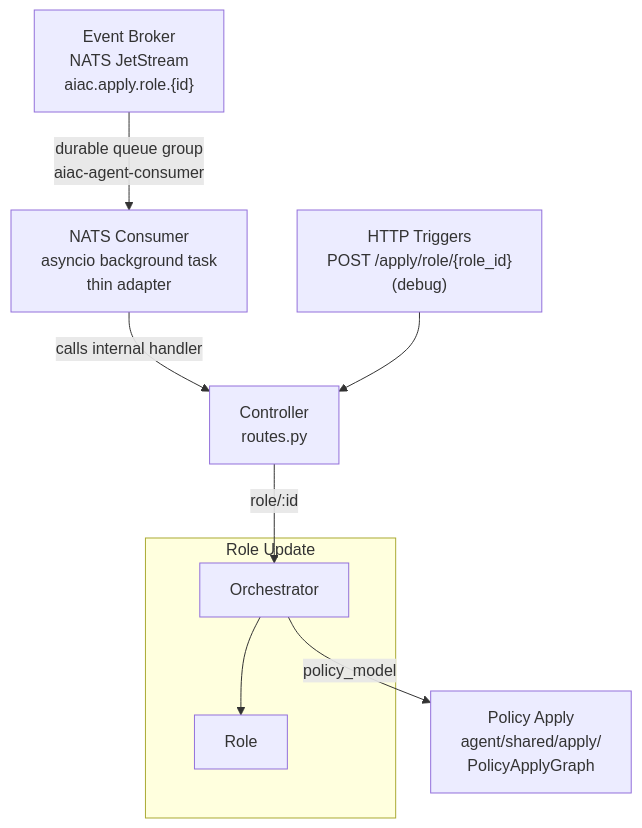
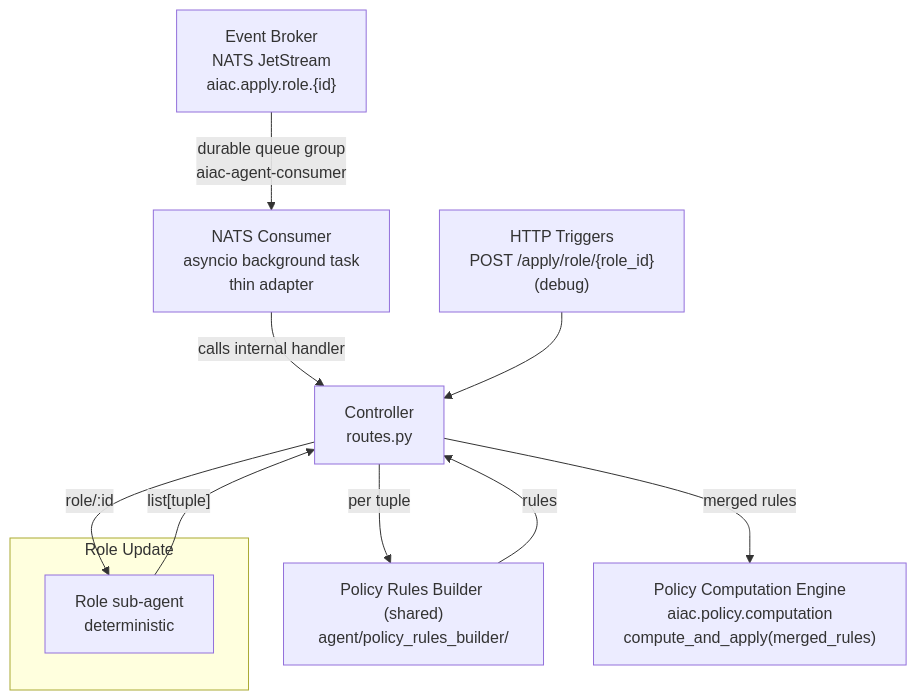
The diagram in inception/requirements/components/aiac-agent/uc3-role-update.md (rossoctl/aiac), drawn with Mermaid before and after one commit. The commit also changed other lines of this file and 2 other files, not shown here.

First line of the commit message:
docs(aiac-agent): rewrite UC1, UC2, UC3 sub-PRDs per grill-me session

````diff
--- a/inception/requirements/components/aiac-agent/uc3-role-update.md
+++ b/inception/requirements/components/aiac-agent/uc3-role-update.md
@@ -11,23 +16,24 @@
 ```mermaid
 flowchart TD
     NATS["Event Broker\nNATS JetStream\naiac.apply.role.{id}"]
     NATS_CONSUMER["NATS Consumer\nasyncio background task\nthin adapter"]
     TRIGGERS["HTTP Triggers\nPOST /apply/role/{role_id}\n(debug)"]
     CTRL["Controller\nroutes.py"]
 
     NATS -->|"durable queue group\naiac-agent-consumer"| NATS_CONSUMER
     NATS_CONSUMER -->|"calls internal handler"| CTRL
     TRIGGERS --> CTRL
 
     subgraph RR["Role Update"]
-        ORC3["Orchestrator"]
-        SA5["Role"]
-        ORC3 --> SA5
+        SA["Role sub-agent\ndeterministic"]
     end
 
-    APPLY["Policy Apply\nagent/shared/apply/\nPolicyApplyGraph"]
+    PRB["Policy Rules Builder (shared)\nagent/policy_rules_builder/"]
+    PCE["Policy Computation Engine\naiac.policy.computation\ncompute_and_apply(merged_rules)"]
 
-    ORC3 -->|"policy_model"| APPLY
-
-    CTRL -->|"role/:id"| ORC3
+    CTRL -->|"role/:id"| SA
+    SA -->|"list[tuple]"| CTRL
+    CTRL -->|"per tuple"| PRB
+    PRB -->|"rules"| CTRL
+    CTRL -->|"merged rules"| PCE
 ```
````
